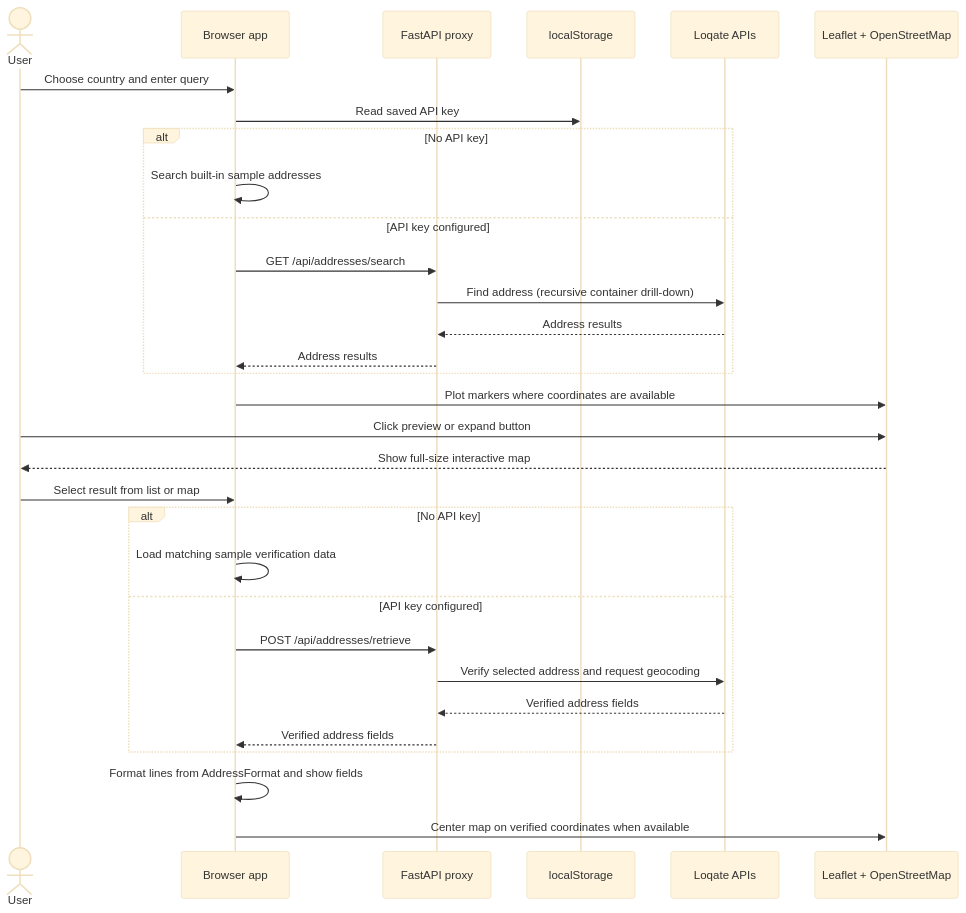
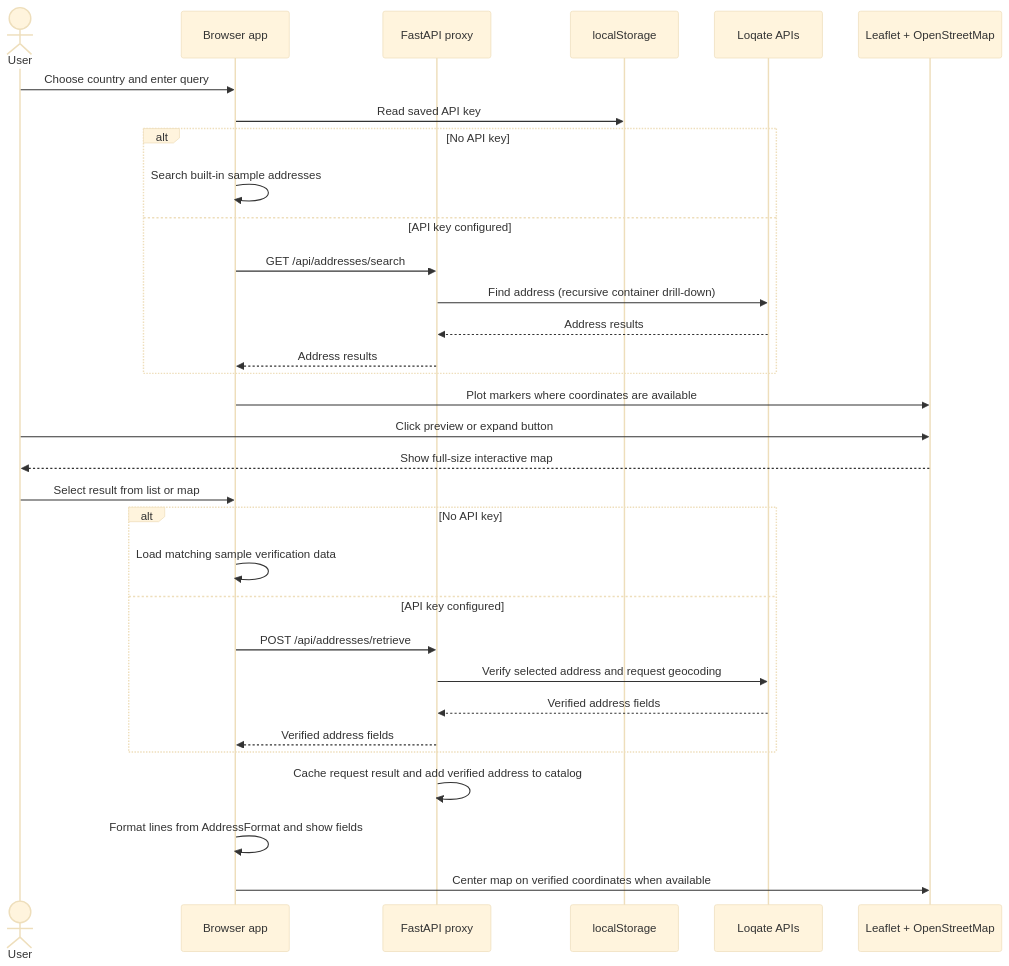
The second of 2 diagrams in docs/design.md (newportg/poc-address), drawn with Mermaid (base theme) before and after one commit. The commit also changed other lines of this file and 7 other files, not shown here.

Commit message:
feat: Implement in-memory caching for address search and verification, add catalog retrieval and filtering functionality

````diff
--- a/docs/design.md
+++ b/docs/design.md
@@ -38,34 +38,35 @@
 ```mermaid
 sequenceDiagram
     actor User
     participant App as Browser app
     participant Proxy as FastAPI proxy
     participant Store as localStorage
     participant Loqate as Loqate APIs
     participant Map as Leaflet + OpenStreetMap
 
     User->>App: Choose country and enter query
     App->>Store: Read saved API key
     alt No API key
         App->>App: Search built-in sample addresses
     else API key configured
         App->>Proxy: GET /api/addresses/search
         Proxy->>Loqate: Find address (recursive container drill-down)
         Loqate-->>Proxy: Address results
         Proxy-->>App: Address results
     end
     App->>Map: Plot markers where coordinates are available
     User->>Map: Click preview or expand button
     Map-->>User: Show full-size interactive map
     User->>App: Select result from list or map
     alt No API key
         App->>App: Load matching sample verification data
     else API key configured
         App->>Proxy: POST /api/addresses/retrieve
         Proxy->>Loqate: Verify selected address and request geocoding
         Loqate-->>Proxy: Verified address fields
         Proxy-->>App: Verified address fields
     end
+    Proxy->>Proxy: Cache request result and add verified address to catalog
     App->>App: Format lines from AddressFormat and show fields
     App->>Map: Center map on verified coordinates when available
 ```
````
